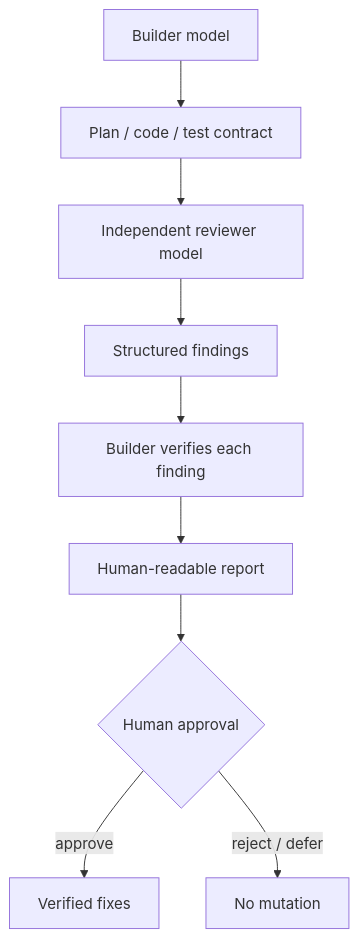
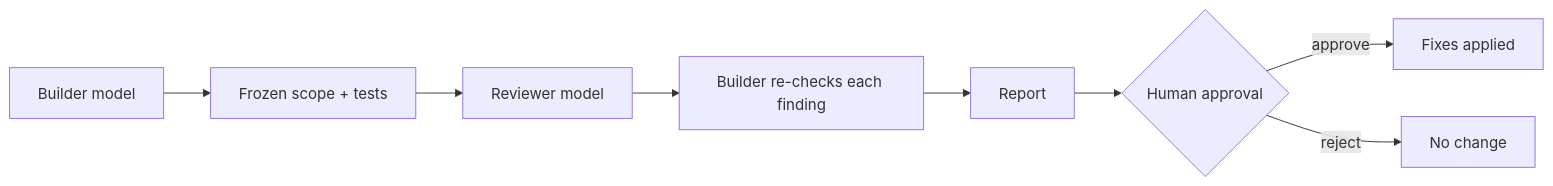
The diagram in domains/03-practical-ai-products/adversarial-review-lite.md (razaumair2203-ux/applied-ai-portfolio), drawn with Mermaid before and after one commit. The commit also changed other lines of this file and 103 other files, not shown here.

````diff
--- a/domains/03-practical-ai-products/adversarial-review-lite.md
+++ b/domains/03-practical-ai-products/adversarial-review-lite.md
@@ -13,11 +27,10 @@
 ```mermaid
-flowchart TD
-    A[Builder model] --> B[Plan / code / test contract]
-    B --> C[Independent reviewer model]
-    C --> D[Structured findings]
-    D --> E[Builder verifies each finding]
-    E --> F[Human-readable report]
-    F --> G{Human approval}
-    G -->|approve| H[Verified fixes]
-    G -->|reject / defer| I[No mutation]
+flowchart LR
+    A[Builder model] --> B[Frozen scope + tests]
+    B --> C[Reviewer model]
+    C --> D[Builder re-checks each finding]
+    D --> E[Report]
+    E --> F{Human approval}
+    F -->|approve| G[Fixes applied]
+    F -->|reject| H[No change]
 ```
````
